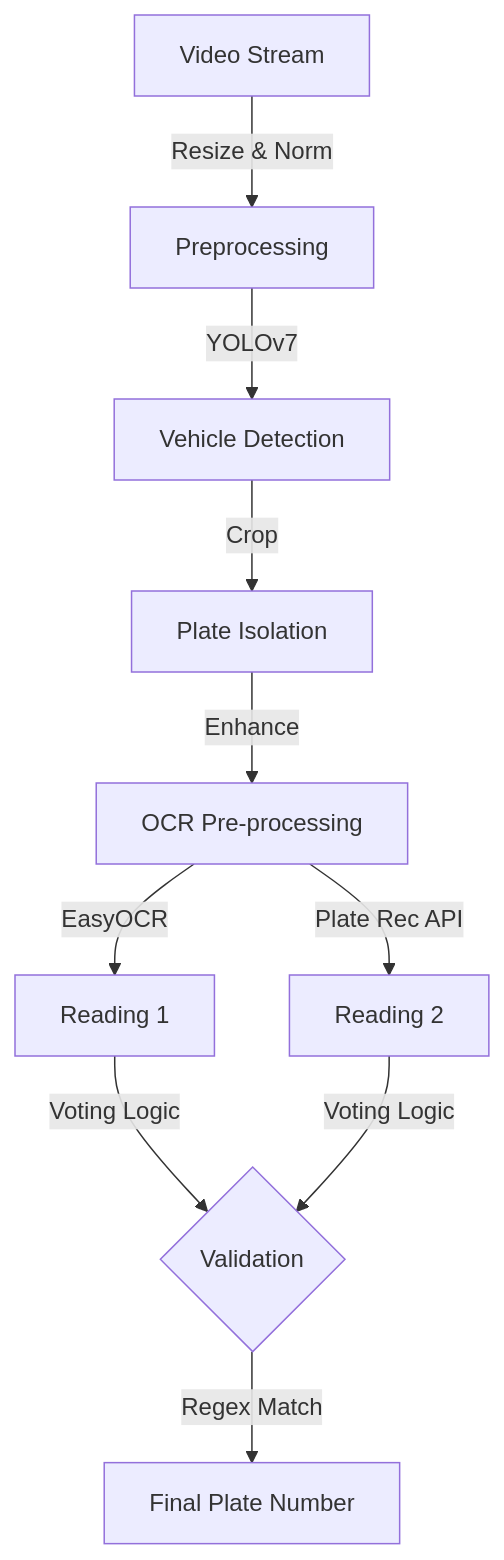
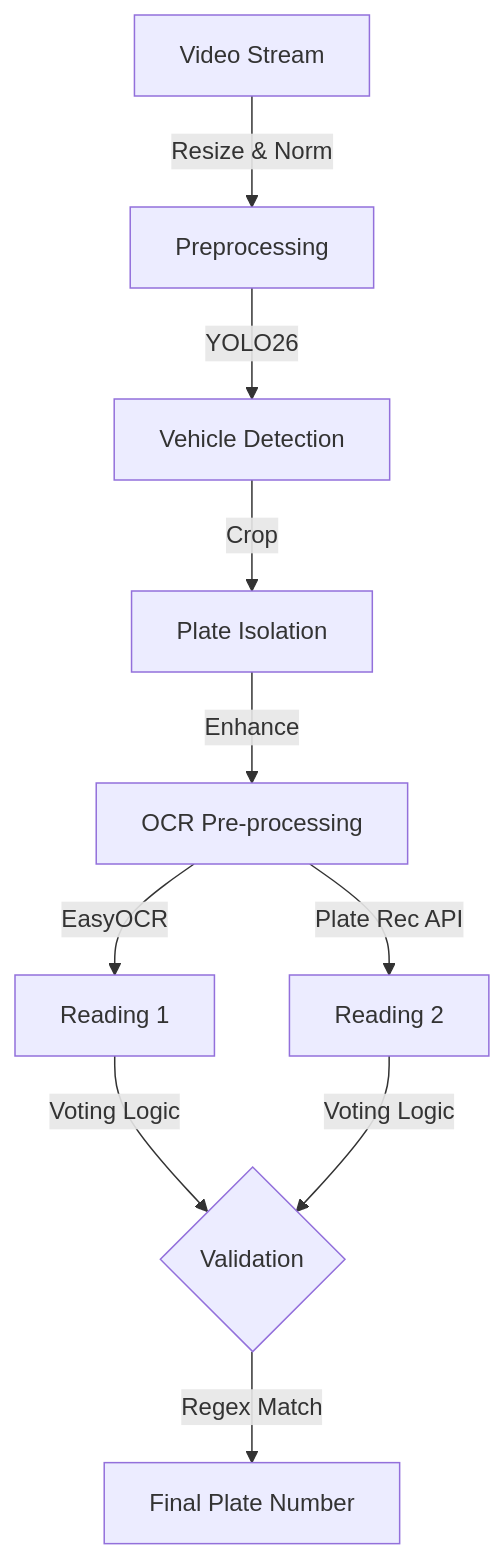
The diagram in src/data/projects/moving-vehicle-number-plate-detection.mdx (HimanshuSalunke/himanshu-salunke-portfolio), drawn with Mermaid before and after one commit. The commit also changed other lines of this file and 93 other files, not shown here.

````diff
--- a/src/data/projects/moving-vehicle-number-plate-detection.mdx
+++ b/src/data/projects/moving-vehicle-number-plate-detection.mdx
@@ -49,11 +49,11 @@
 ```mermaid
 graph TD
     Input[Video Stream] -->|Resize & Norm| Pre[Preprocessing]
-    Pre -->|YOLOv7| Det[Vehicle Detection]
+    Pre -->|YOLO26| Det[Vehicle Detection]
     Det -->|Crop| Region[Plate Isolation]
     Region -->|Enhance| OCR_In[OCR Pre-processing]
     OCR_In -->|EasyOCR| Text1[Reading 1]
     OCR_In -->|Plate Rec API| Text2[Reading 2]
     Text1 & Text2 -->|Voting Logic| Val{Validation}
     Val -->|Regex Match| Output[Final Plate Number]
 ```
````
